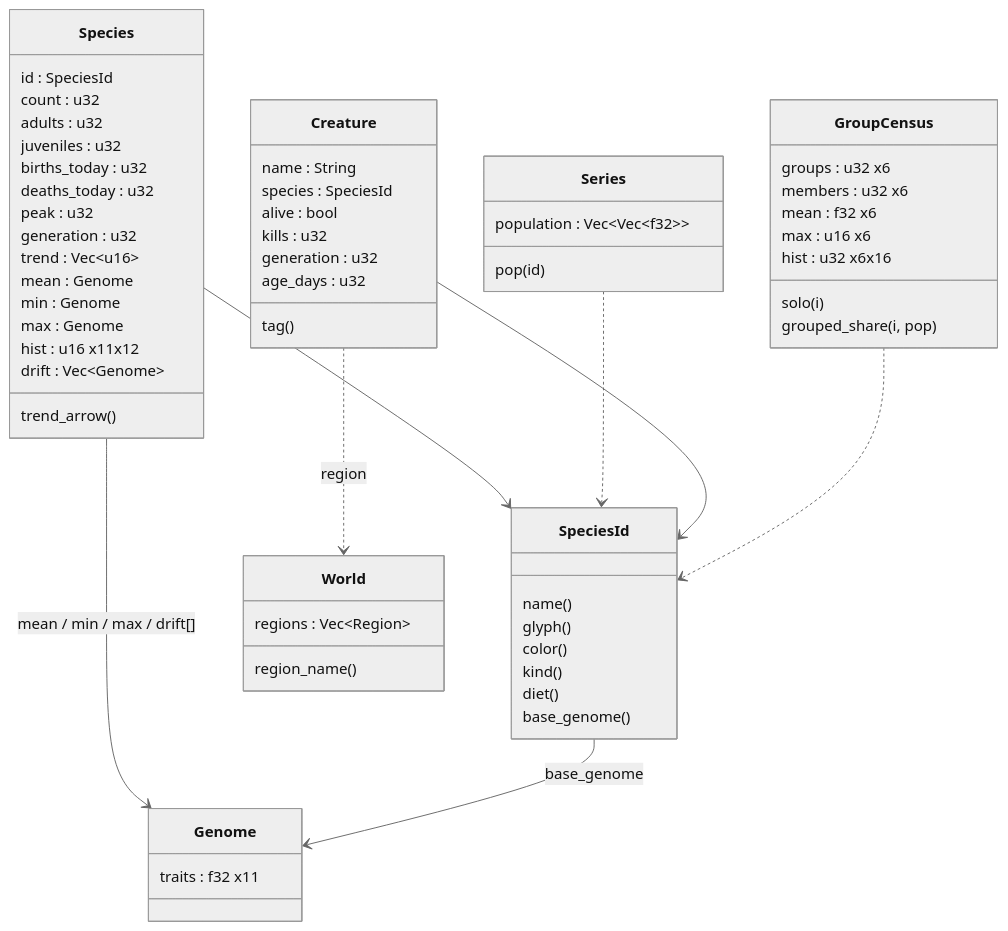
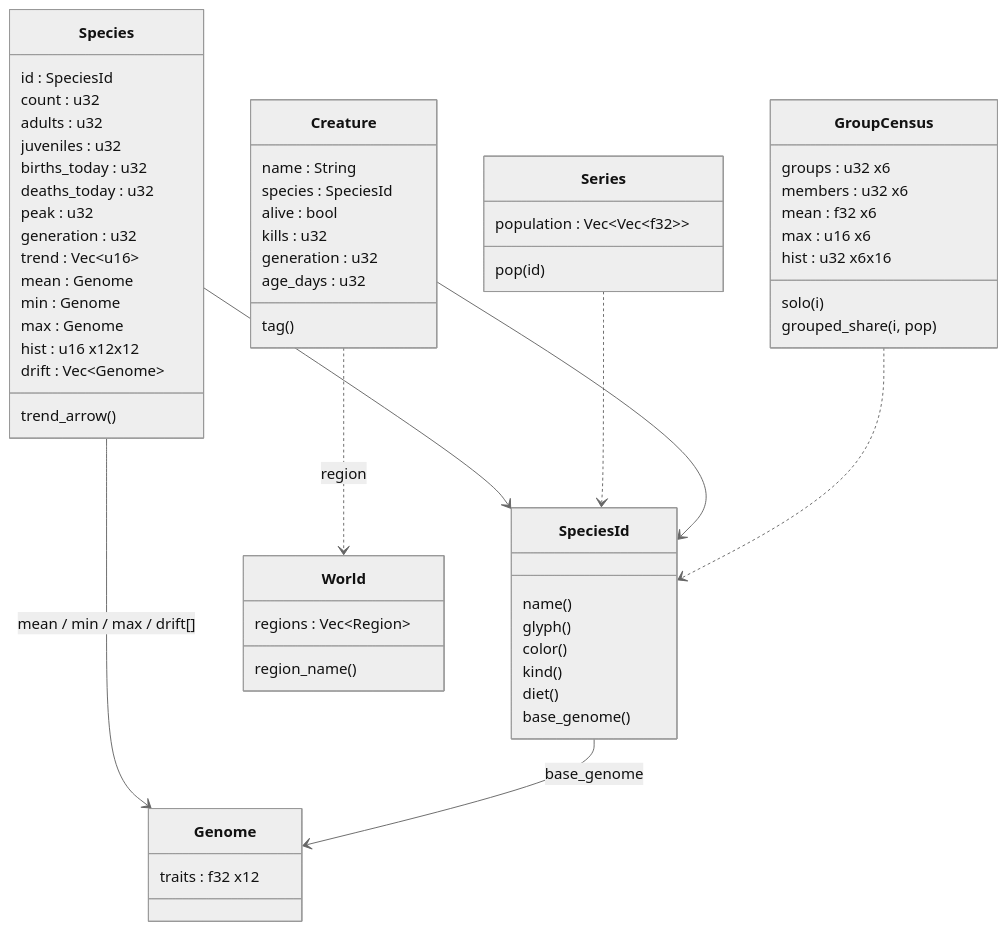
Before and after one commit to sbayer55/sim-fortress: the third of 3 diagrams in docs/screens/s04-species-browser.md, drawn with Mermaid (neutral theme). The commit also changed other lines of this file and 29 other files, not shown here.

````diff
--- a/docs/screens/s04-species-browser.md
+++ b/docs/screens/s04-species-browser.md
@@ -82,64 +82,64 @@
 ```mermaid
 classDiagram
     class Species {
         id : SpeciesId
         count : u32
         adults : u32
         juveniles : u32
         births_today : u32
         deaths_today : u32
         peak : u32
         generation : u32
         trend : Vec~u16~
         mean : Genome
         min : Genome
         max : Genome
-        hist : u16 x11x12
+        hist : u16 x12x12
         drift : Vec~Genome~
         trend_arrow()
     }
     class SpeciesId {
         name()
         glyph()
         color()
         kind()
         diet()
         base_genome()
     }
     class Genome {
-        traits : f32 x11
+        traits : f32 x12
     }
     class Series {
         population : Vec~Vec~f32~~
         pop(id)
     }
     class Creature {
         name : String
         species : SpeciesId
         alive : bool
         kills : u32
         generation : u32
         age_days : u32
         tag()
     }
     class World {
         regions : Vec~Region~
         region_name()
     }
     class GroupCensus {
         groups : u32 x6
         members : u32 x6
         mean : f32 x6
         max : u16 x6
         hist : u32 x6x16
         solo(i)
         grouped_share(i, pop)
     }
     Species --> SpeciesId
     Species --> Genome : mean / min / max / drift[]
     SpeciesId --> Genome : base_genome
     Series ..> SpeciesId
     Creature --> SpeciesId
     Creature ..> World : region
     GroupCensus ..> SpeciesId
 ```
````
